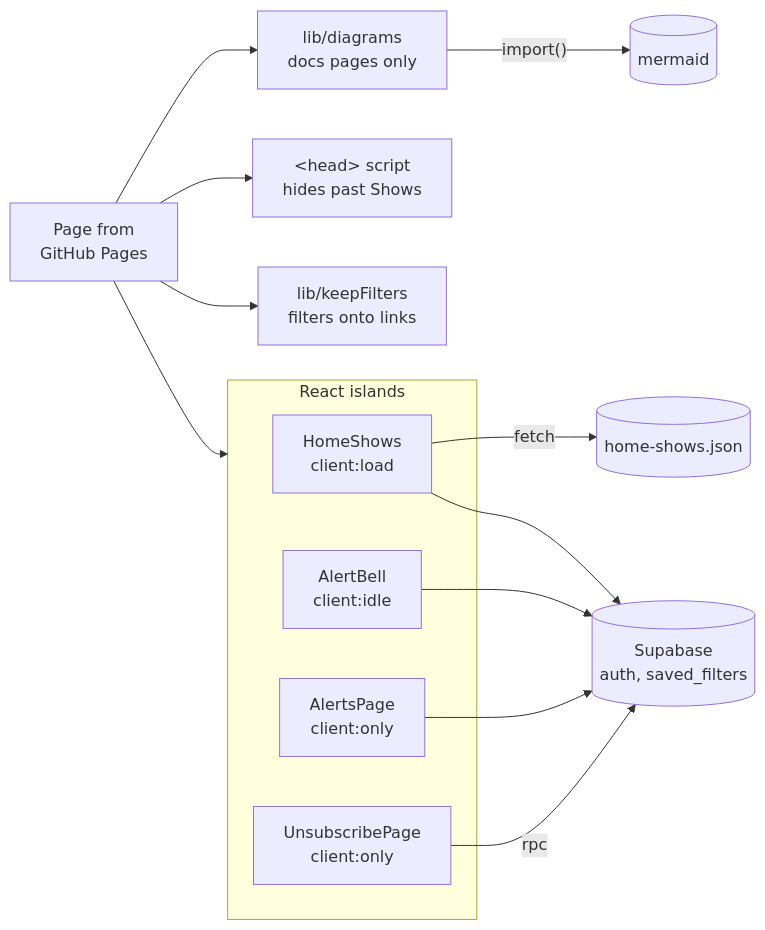
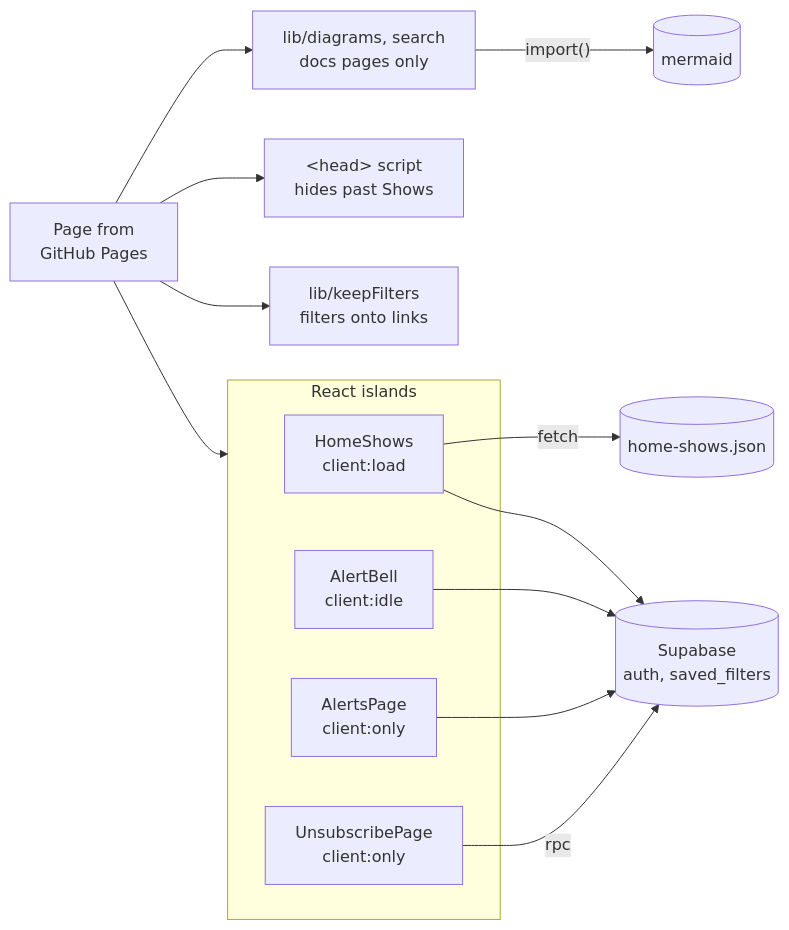
Before and after one commit to jsturgis/the_list: the second of 6 diagrams in docs/guide/architecture.md, drawn with Mermaid. The commit also changed other lines of this file and 33 other files, not shown here.

````diff
--- a/docs/guide/architecture.md
+++ b/docs/guide/architecture.md
@@ -51,23 +51,23 @@
 ```mermaid
 flowchart LR
   accTitle: The site in the browser
   accDescr: A page from GitHub Pages runs the inline past-Shows script, the keepFilters script and its React islands; docs pages with a diagram also load Mermaid. HomeShows fetches home-shows.json. HomeShows, AlertBell and AlertsPage call Supabase for sign-in and Saved Filters; UnsubscribePage calls its unsubscribe function.
   page["Page from<br/>GitHub Pages"]
   head["&lt;head&gt; script<br/>hides past Shows"]
   keep["lib/keepFilters<br/>filters onto links"]
-  diagrams["lib/diagrams<br/>docs pages only"]
+  diagrams["lib/diagrams, search<br/>docs pages only"]
   subgraph islands ["React islands"]
     homeShows["HomeShows<br/>client:load"]
     bell["AlertBell<br/>client:idle"]
     alertsPage["AlertsPage<br/>client:only"]
     unsubscribe["UnsubscribePage<br/>client:only"]
   end
   homeJson[("home-shows.json")]
   supabase[("Supabase<br/>auth, saved_filters")]
   mermaid[("mermaid")]
   page --> head & keep & diagrams & islands
   diagrams -->|"import()"| mermaid
   homeShows -->|"fetch"| homeJson
   homeShows & bell & alertsPage --> supabase
   unsubscribe -->|"rpc"| supabase
 ```
````
